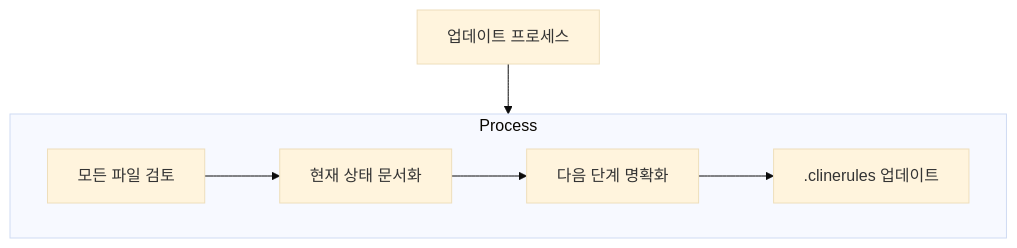
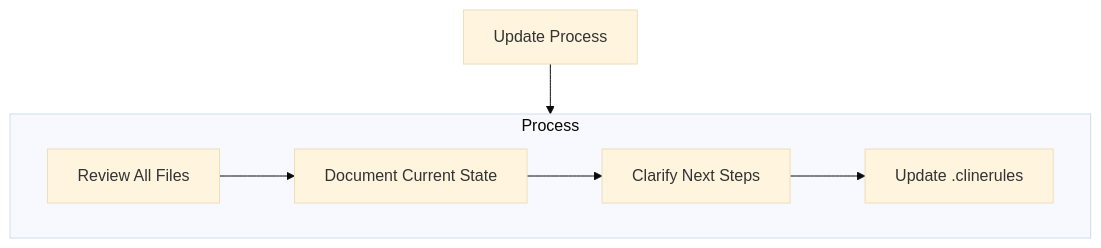
The fourth of 5 diagrams in README.md (kaerusapiens/kaeru-cline), drawn with Mermaid (base theme) before and after one commit. The commit also changed other lines of this file, not shown here.

````diff
--- a/README.md
+++ b/README.md
@@ -101,15 +101,15 @@
 ```mermaid
 flowchart TD
-    Start[업데이트 프로세스]
+    Start[Update Process]
     
     subgraph Process
-        P1[모든 파일 검토]
-        P2[현재 상태 문서화]
-        P3[다음 단계 명확화]
-        P4[.clinerules 업데이트]
+        P1[Review All Files]
+        P2[Document Current State]
+        P3[Clarify Next Steps]
+        P4[Update .clinerules]
         
         P1 --> P2 --> P3 --> P4
     end
     
     Start --> Process
 ```
````
